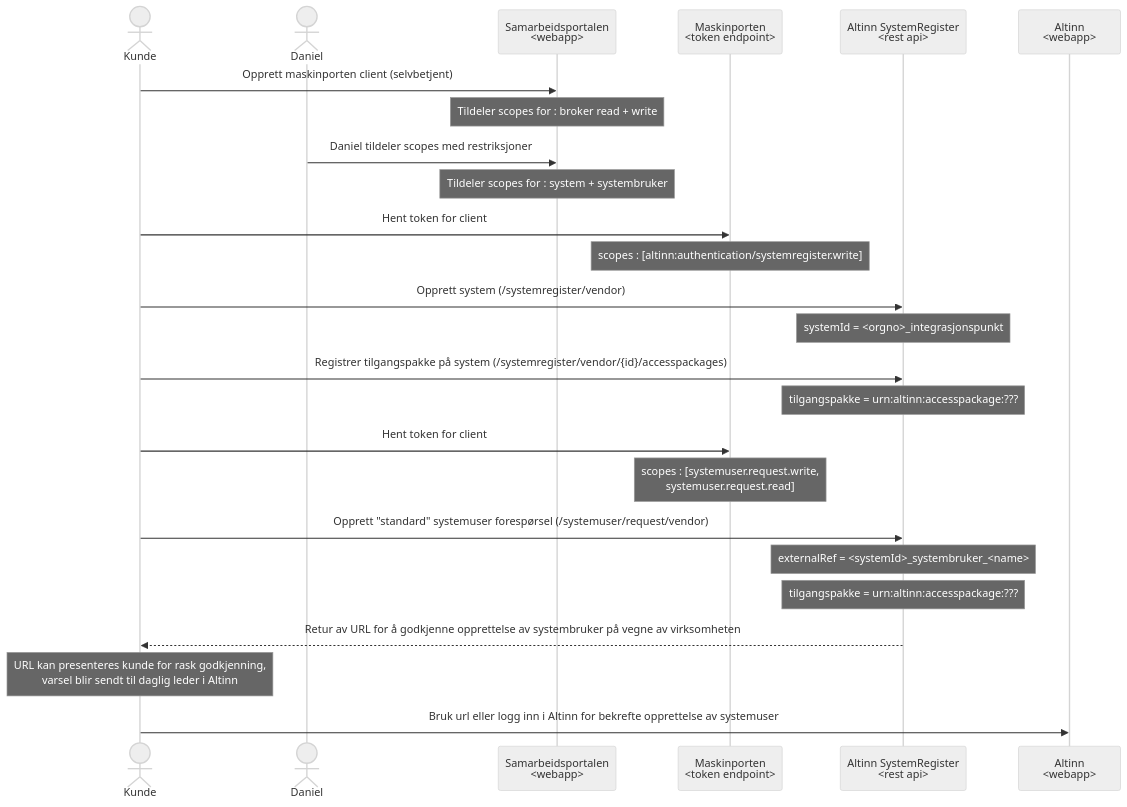
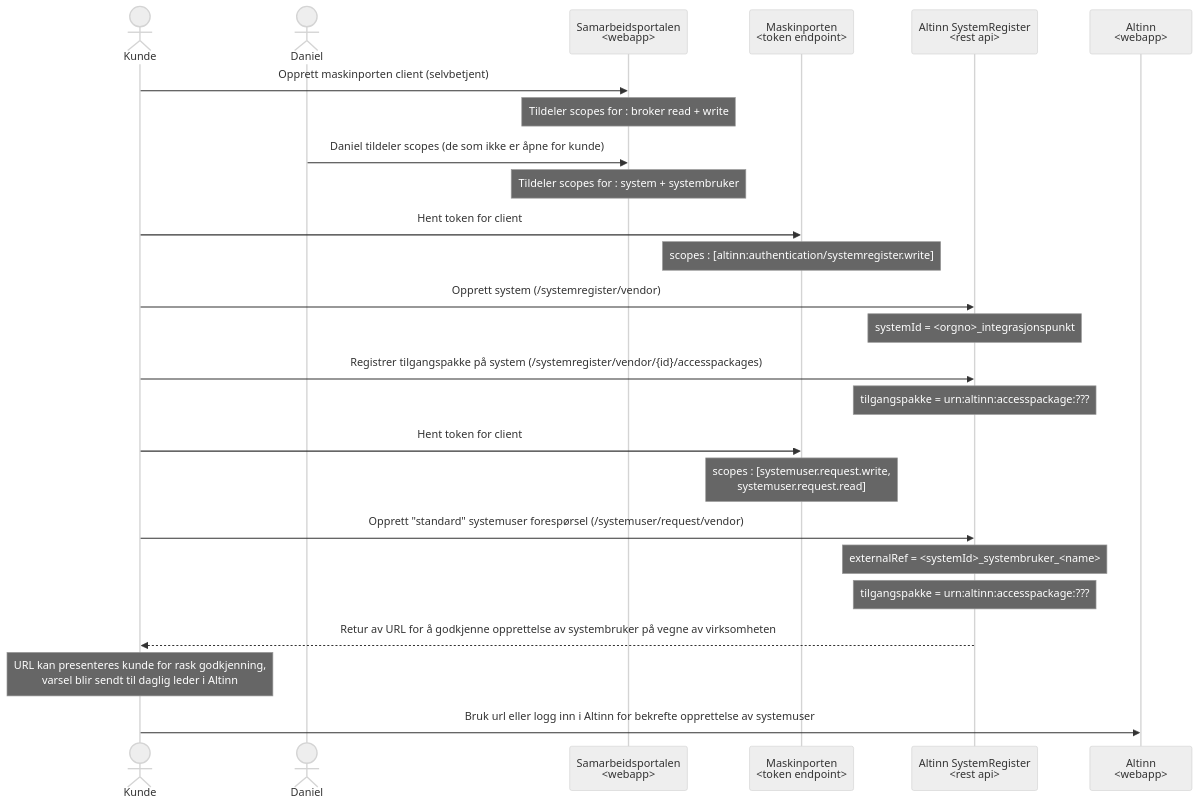
The first of 2 diagrams in altinn-v3-client/altinn_dpo.md (felleslosninger/efm-integrasjonspunkt), drawn with Mermaid (neutral theme) before and after one commit. The commit also changed 2 other files, not shown here.

Commit message:
Lagt til info om release plugin og branch protection

````diff
--- a/altinn-v3-client/altinn_dpo.md
+++ b/altinn-v3-client/altinn_dpo.md
@@ -10,32 +10,32 @@
 ```mermaid
 sequenceDiagram
     actor K as Kunde
     actor D as Daniel
     participant S as Samarbeidsportalen<br><webapp>
     participant M as Maskinporten<br><token endpoint>
     participant AS as Altinn SystemRegister<br><rest api>
     participant A as Altinn<br><webapp>
     
     K->>S: Opprett maskinporten client (selvbetjent)
     note over S : Tildeler scopes for : broker read + write
-    D->>S: Daniel tildeler scopes med restriksjoner 
+    D->>S: Daniel tildeler scopes (de som ikke er åpne for kunde) 
     note over S : Tildeler scopes for : system + systembruker
     
     K->>M: Hent token for client
     note over M : scopes : [altinn:authentication/systemregister.write]
     K->>AS : Opprett system (/systemregister/vendor)
     note over AS: systemId = <orgno>_integrasjonspunkt
     K->>AS : Registrer tilgangspakke på system (/systemregister/vendor/{id}/accesspackages)
     note over AS: tilgangspakke = urn:altinn:accesspackage:???
     
     K->>M: Hent token for client
     note over M : scopes : [systemuser.request.write,<br>systemuser.request.read]
 
     K->>AS: Opprett "standard" systemuser forespørsel (/systemuser/request/vendor)
     note over AS : externalRef = <systemId>_systembruker_<name>
     note over AS : tilgangspakke = urn:altinn:accesspackage:???
     AS-->>K: Retur av URL for å godkjenne opprettelse av systembruker på vegne av virksomheten
     note over K : URL kan presenteres kunde for rask godkjenning,<br>varsel blir sendt til daglig leder i Altinn
     
     K->>A: Bruk url eller logg inn i Altinn for bekrefte opprettelse av systemuser
 ```
````
